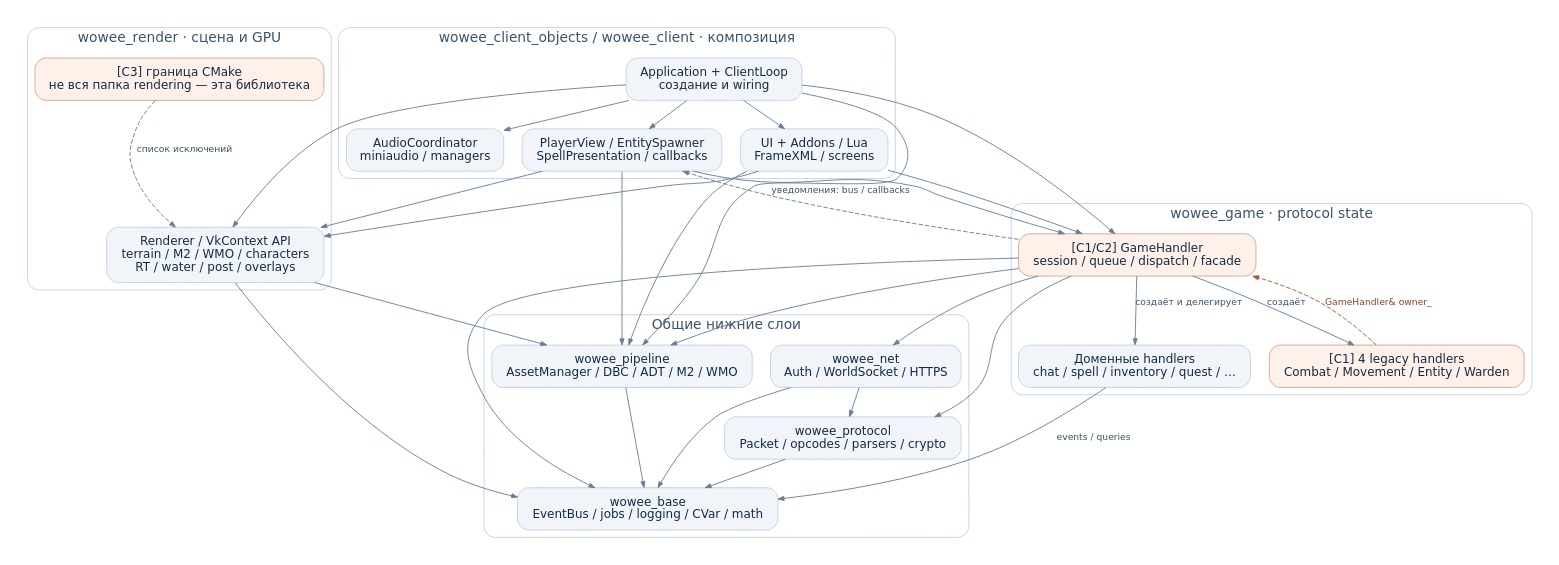
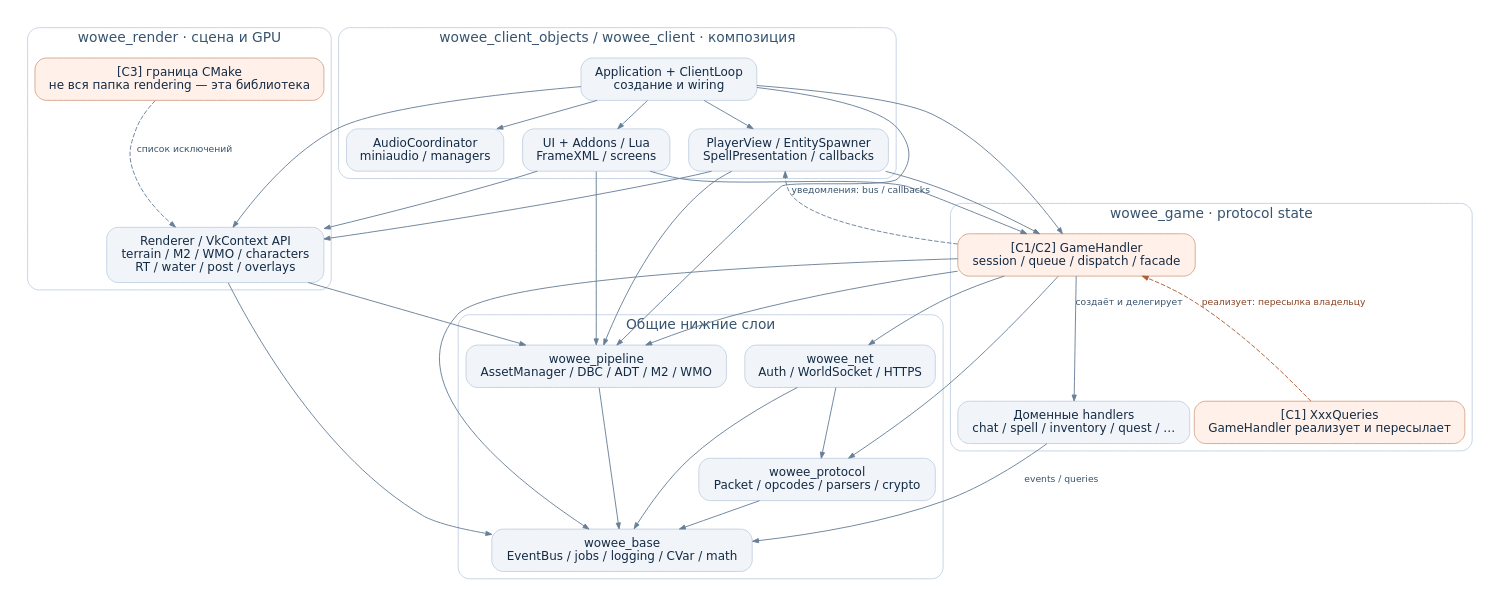
One commit to atorian/WoWee changed the diagram in docs/architecture-atlas/diagrams/03-component-diagram.dot. Above: the diagram before and after it, drawn with Graphviz. The commit also changed 26 other files, not shown here.

First line of the commit message:
Rebuild the architecture atlas for 2026-10-31

```diff
--- a/docs/architecture-atlas/diagrams/03-component-diagram.dot
+++ b/docs/architecture-atlas/diagrams/03-component-diagram.dot
@@ -1,62 +1,61 @@
 digraph atlas {
 graph [rankdir=TB, newrank=true, bgcolor="white", pad="0.2", nodesep="0.28", ranksep="0.4", compound=true, fontname="DejaVu Sans", fontsize=15];
 node [shape=box, style="rounded,filled", fillcolor="#f1f5fa", color="#c4d1e2", fontcolor="#142b45", fontname="DejaVu Sans", fontsize=13, margin="0.18,0.13"];
 edge [color="#687f98", fontcolor="#38546f", fontname="DejaVu Sans", fontsize=10, arrowsize=0.65];
 subgraph cluster_client {
 label="wowee_client_objects / wowee_client · композиция"; style="rounded"; color="#c4d1e2"; fontcolor="#38546f";
 app [label="Application + ClientLoop\nсоздание и wiring"];
 ui [label="UI + Addons / Lua\nFrameXML / screens"];
 presentation [label="PlayerView / EntitySpawner\nSpellPresentation / callbacks"];
 sound [label="AudioCoordinator\nminiaudio / managers"];
 }
 subgraph cluster_gamebox {
 label="wowee_game · protocol state"; style="rounded"; color="#c4d1e2"; fontcolor="#38546f";
 gh [label="[C1/C2] GameHandler\nsession / queue / dispatch / facade",fillcolor="#fff1e9",color="#d6a68b"];
 domain [label="Доменные handlers\nchat / spell / inventory / quest / …"];
-old [label="[C1] 4 legacy handlers\nCombat / Movement / Entity / Warden",fillcolor="#fff1e9",color="#d6a68b"];
+old [label="[C1] XxxQueries\nGameHandler реализует и пересылает",fillcolor="#fff1e9",color="#d6a68b"];
 }
 subgraph cluster_renderbox {
 label="wowee_render · сцена и GPU"; style="rounded"; color="#c4d1e2"; fontcolor="#38546f";
 renderer [label="Renderer / VkContext API\nterrain / M2 / WMO / characters\nRT / water / post / overlays"];
 boundary [label="[C3] граница CMake\nне вся папка rendering — эта библиотека",fillcolor="#fff1e9",color="#d6a68b"];
 }
 subgraph cluster_libraries {
 label="Общие нижние слои"; style="rounded"; color="#c4d1e2"; fontcolor="#38546f";
 netlib [label="wowee_net\nAuth / WorldSocket / HTTPS"];
 protocol [label="wowee_protocol\nPacket / opcodes / parsers / crypto"];
 pipeline [label="wowee_pipeline\nAssetManager / DBC / ADT / M2 / WMO"];
 base [label="wowee_base\nEventBus / jobs / logging / CVar / math"];
 }
 app -> ui [];
 app -> presentation [];
 app -> sound [];
 app -> gh [];
 app -> renderer [];
 app -> pipeline [];
 ui -> gh [];
 ui -> renderer [];
 ui -> pipeline [];
 presentation -> gh [];
 presentation -> renderer [];
 presentation -> pipeline [];
 gh -> domain [label="создаёт и делегирует"];
-gh -> old [label="создаёт"];
-old -> gh [label="GameHandler& owner_",style=dashed,constraint=false,color="#ae5b32",fontcolor="#8a4324"];
+old -> gh [label="реализует: пересылка владельцу",style=dashed,constraint=false,color="#ae5b32",fontcolor="#8a4324"];
 gh -> netlib [];
 gh -> protocol [];
 gh -> pipeline [];
 gh -> base [];
 domain -> base [label="events / queries"];
 renderer -> pipeline [];
 renderer -> base [];
 boundary -> renderer [label="список исключений",style=dashed,constraint=false];
 netlib -> protocol [];
 netlib -> base [];
 protocol -> base [];
 pipeline -> base [];
 gh -> presentation [label="уведомления: bus / callbacks",style=dashed,constraint=false];
 {rank=same; ui; presentation; sound;}
 {rank=same; gh; renderer;}
 {rank=same; domain; old;}
 {rank=same; pipeline; netlib;}
 }
```
